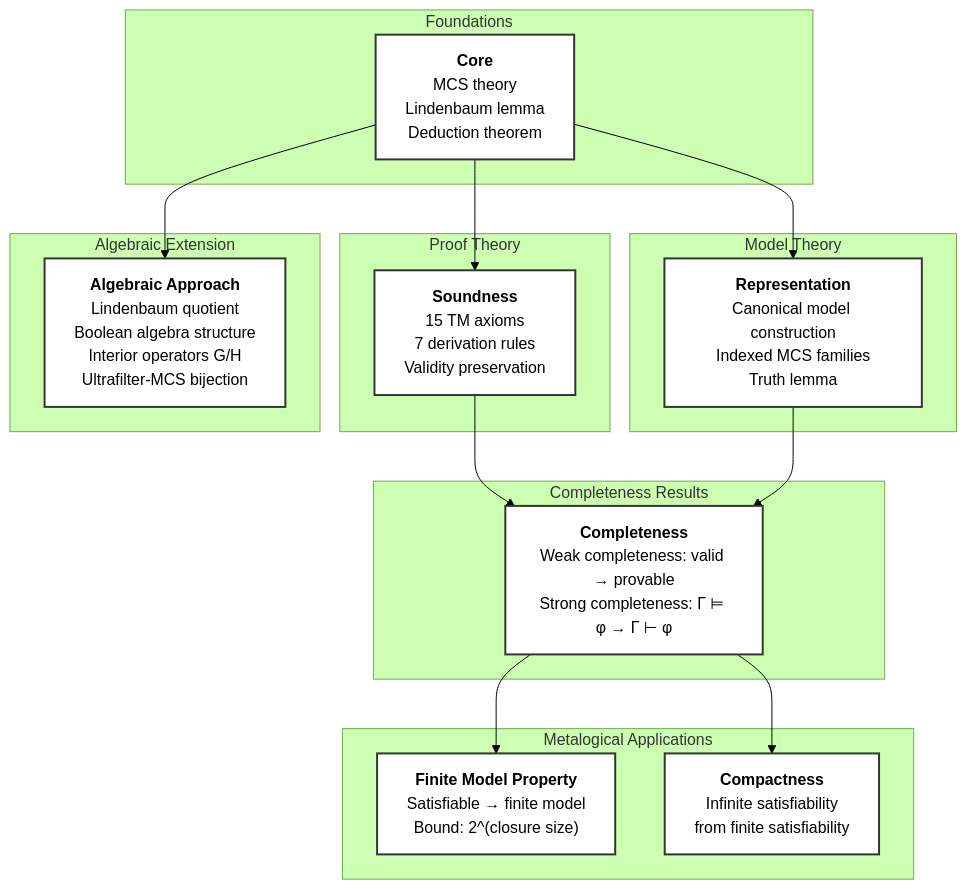
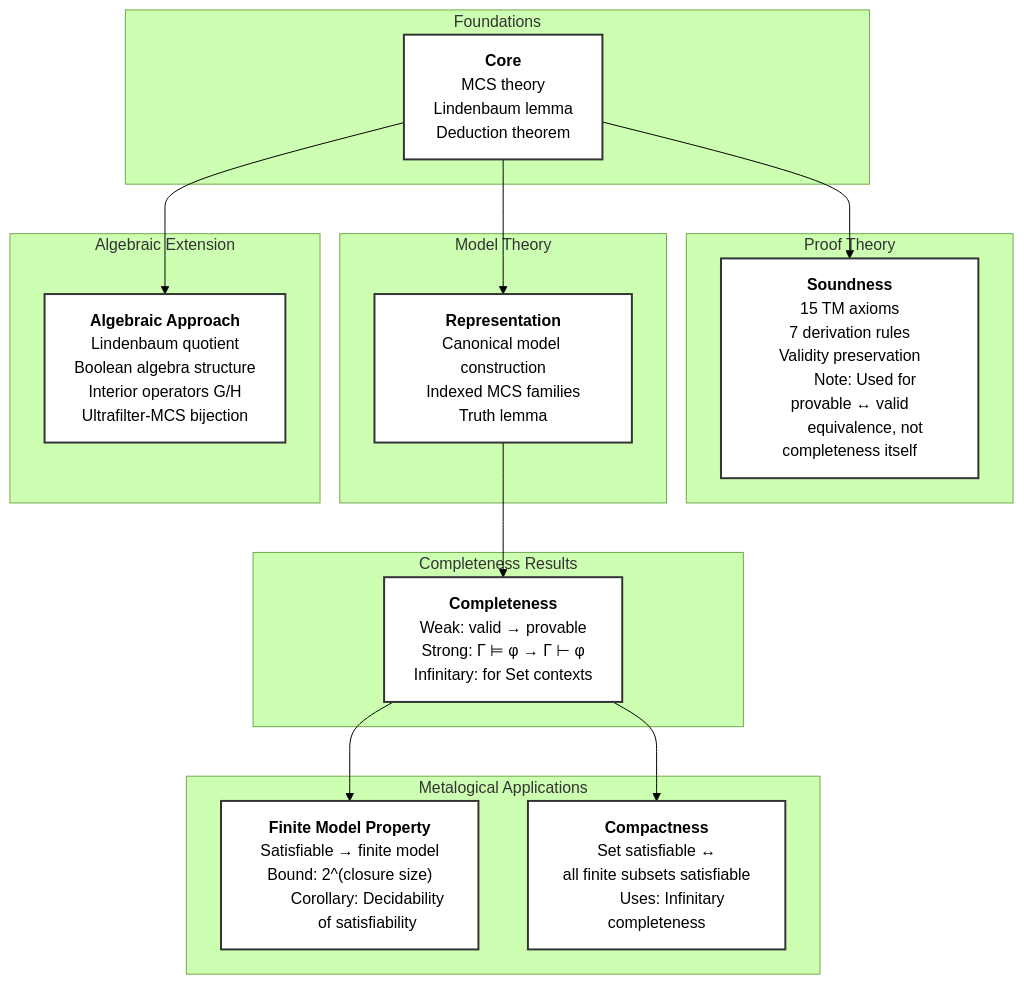
Before and after one commit to benbrastmckie/ProofChecker: the diagram in Theories/Bimodal/Metalogic/README.md, drawn with Mermaid (forest theme). The commit also changed other lines of this file, not shown here.

Commit message:
docs: fix dependency diagram to reflect actual theorem dependencies
- Remove Soundness → Completeness arrow (completeness uses only Representation)
- Clarify that Soundness is used for provable ↔ valid equivalence, not completeness theorem
- Keep FMP and Compactness as independent applications (both from Completeness)
- Add decidability as a corollary of FMP
- Add notes about infinitary completeness usage in Compactness
- Update ASCII diagram to show correct dependency structure

````diff
--- a/Theories/Bimodal/Metalogic/README.md
+++ b/Theories/Bimodal/Metalogic/README.md
@@ -110,56 +112,64 @@
 ```mermaid
 flowchart TD
     subgraph Foundations
         Core["`**Core**
         MCS theory
         Lindenbaum lemma
         Deduction theorem`"]
     end
 
     subgraph ProofTheory["Proof Theory"]
         Soundness["`**Soundness**
         15 TM axioms
         7 derivation rules
-        Validity preservation`"]
+        Validity preservation
+
+        Note: Used for provable ↔ valid
+        equivalence, not completeness itself`"]
     end
 
     subgraph ModelTheory["Model Theory"]
         Representation["`**Representation**
         Canonical model construction
         Indexed MCS families
         Truth lemma`"]
     end
 
     subgraph CompletenessResults["Completeness Results"]
         Completeness["`**Completeness**
-        Weak completeness: valid → provable
-        Strong completeness: Γ ⊨ φ → Γ ⊢ φ`"]
+        Weak: valid → provable
+        Strong: Γ ⊨ φ → Γ ⊢ φ
+        Infinitary: for Set contexts`"]
     end
 
     subgraph MetalogicalApplications["Metalogical Applications"]
         FMP["`**Finite Model Property**
         Satisfiable → finite model
-        Bound: 2^(closure size)`"]
+        Bound: 2^(closure size)
+
+        Corollary: Decidability
+        of satisfiability`"]
         Compactness["`**Compactness**
-        Infinite satisfiability
-        from finite satisfiability`"]
+        Set satisfiable ↔
+        all finite subsets satisfiable
+
+        Uses: Infinitary completeness`"]
     end
 
     subgraph AlgebraicExtension["Algebraic Extension"]
         Algebraic["`**Algebraic Approach**
         Lindenbaum quotient
         Boolean algebra structure
         Interior operators G/H
         Ultrafilter-MCS bijection`"]
     end
 
     Core --> Soundness
     Core --> Representation
-    Soundness --> Completeness
     Representation --> Completeness
     Completeness --> FMP
     Completeness --> Compactness
     Core --> Algebraic
 
     classDef default fill:#fff,stroke:#333,stroke-width:2px,color:#000
 ```
````
